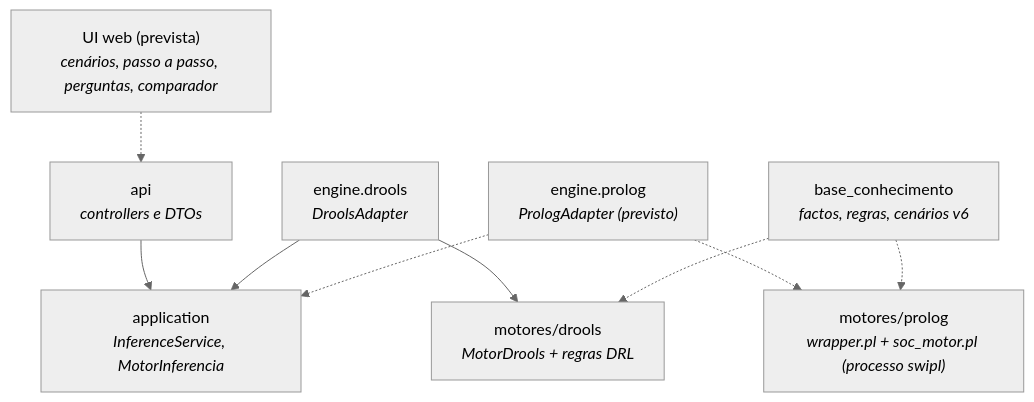
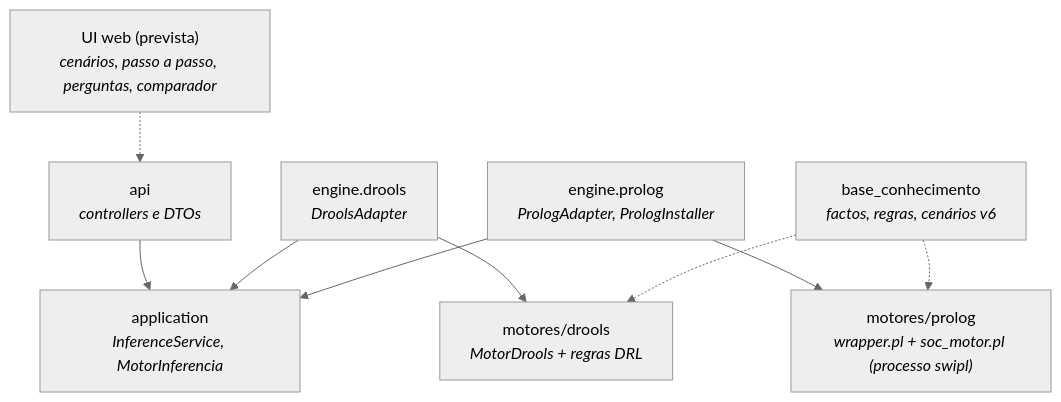
Before and after one commit to Francisco1221780/SOCrates: the diagram in README.md, drawn with Mermaid (neutral theme). The commit also changed other lines of this file and 1 other file, not shown here.

Commit message:
docs: describe the PrologAdapter, its tests and the backend workflow; Refs #11

````diff
--- a/README.md
+++ b/README.md
@@ -82,20 +82,20 @@
 ```mermaid
 flowchart TD
     UI["UI web (prevista)<br/><i>cenários, passo a passo, perguntas, comparador</i>"]
     API["api<br/><i>controllers e DTOs</i>"]
     APP["application<br/><i>InferenceService, MotorInferencia</i>"]
     DA["engine.drools<br/><i>DroolsAdapter</i>"]
-    PA["engine.prolog<br/><i>PrologAdapter (previsto)</i>"]
+    PA["engine.prolog<br/><i>PrologAdapter, PrologInstaller</i>"]
     MD["motores/drools<br/><i>MotorDrools + regras DRL</i>"]
     MP["motores/prolog<br/><i>wrapper.pl + soc_motor.pl (processo swipl)</i>"]
     KB["base_conhecimento<br/><i>factos, regras, cenários v6</i>"]
 
     UI -.-> API
     API --> APP
     DA --> APP
-    PA -.-> APP
+    PA --> APP
     DA --> MD
-    PA -.-> MP
+    PA --> MP
     KB -.-> MP
     KB -.-> MD
 ```
````
